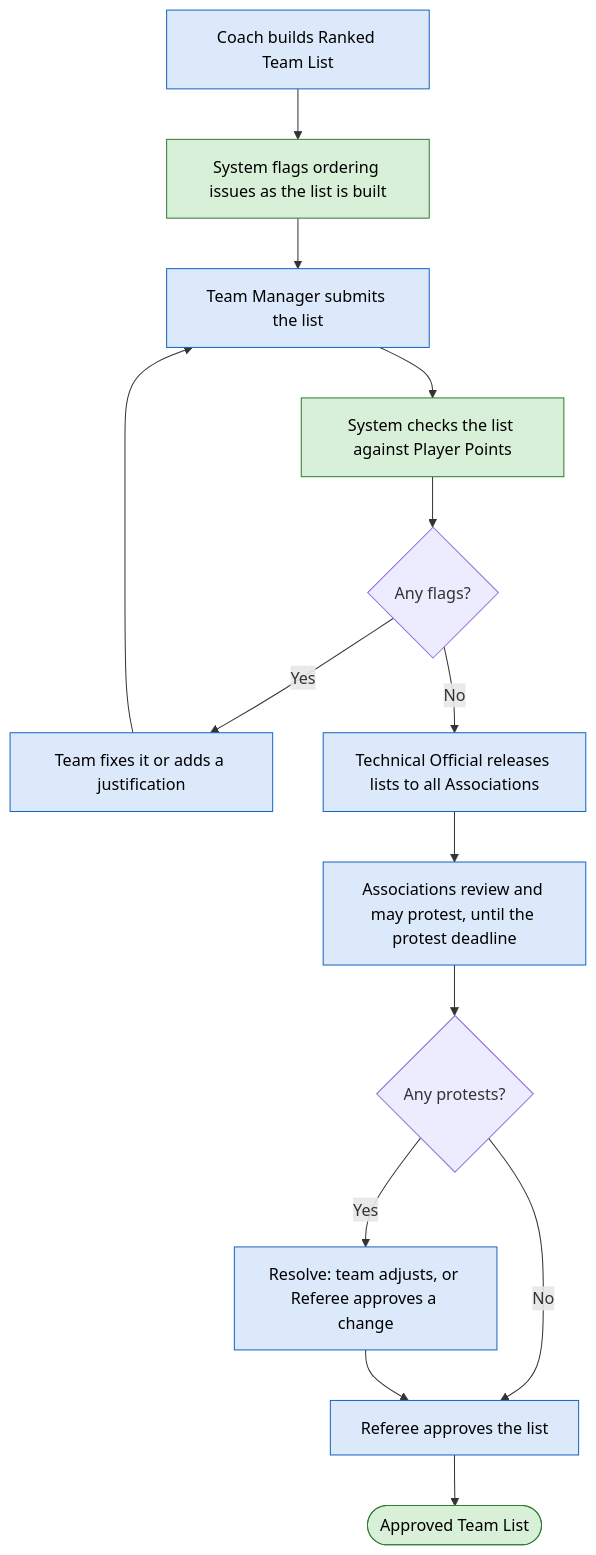
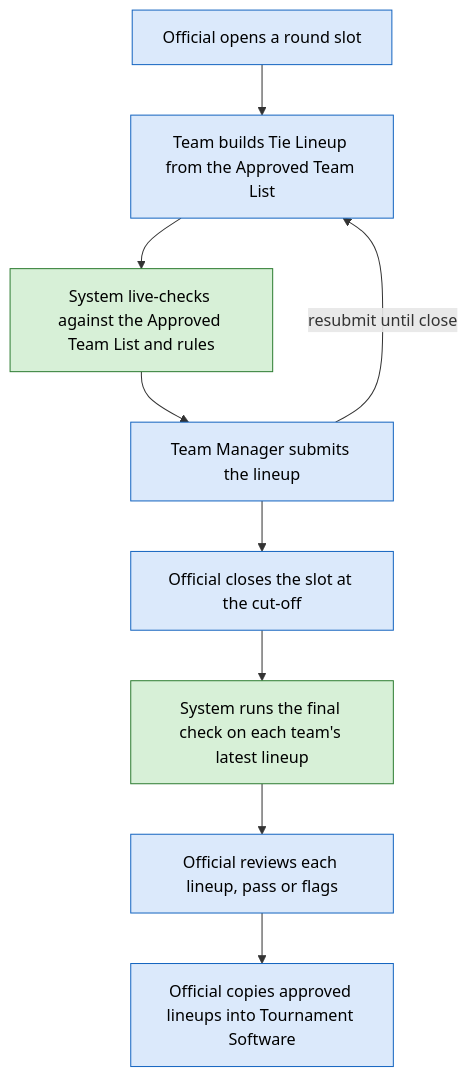
One commit to vincenttao04/badminton-nz-teams-be changed the third of 6 diagrams in docs/technical.md. Above: the diagram before and after it, drawn with Mermaid. The commit also changed other lines of this file and 6 other files, not shown here.

````diff
--- a/docs/technical.md
+++ b/docs/technical.md
@@ -115,19 +110,14 @@
 ```mermaid
 flowchart TD
-    A["Coach builds Ranked Team List"]:::manual --> B["System flags ordering issues as the list is built"]:::auto
-    B --> C["Team Manager submits the list"]:::manual
-    C --> D["System checks the list against Player Points"]:::auto
-    D --> E{"Any flags?"}
-    E -->|Yes| F["Team fixes it or adds a justification"]:::manual
-    F --> C
-    E -->|No| G["Technical Official releases lists to all Associations"]:::manual
-    G --> H["Associations review and may protest, until the protest deadline"]:::manual
-    H --> I{"Any protests?"}
-    I -->|Yes| J["Resolve: team adjusts, or Referee approves a change"]:::manual
-    I -->|No| K["Referee approves the list"]:::manual
-    J --> K
-    K --> L(["Approved Team List"]):::auto
+    A["Official opens a round slot"]:::manual --> B["Team builds Tie Lineup from the Approved Team List"]:::manual
+    B --> C["System live-checks against the Approved Team List and rules"]:::auto
+    C --> D["Team Manager submits the lineup"]:::manual
+    D -->|"resubmit until close"| B
+    D --> E["Official closes the slot at the cut-off"]:::manual
+    E --> F["System runs the final check on each team's latest lineup"]:::auto
+    F --> G["Official reviews each lineup, pass or flags"]:::manual
+    G --> H["Official copies approved lineups into Tournament Software"]:::manual
 
     classDef auto fill:#d7f0d7,stroke:#2e7d32,color:#000
     classDef manual fill:#dbe9fb,stroke:#1565c0,color:#000
 ```
````
